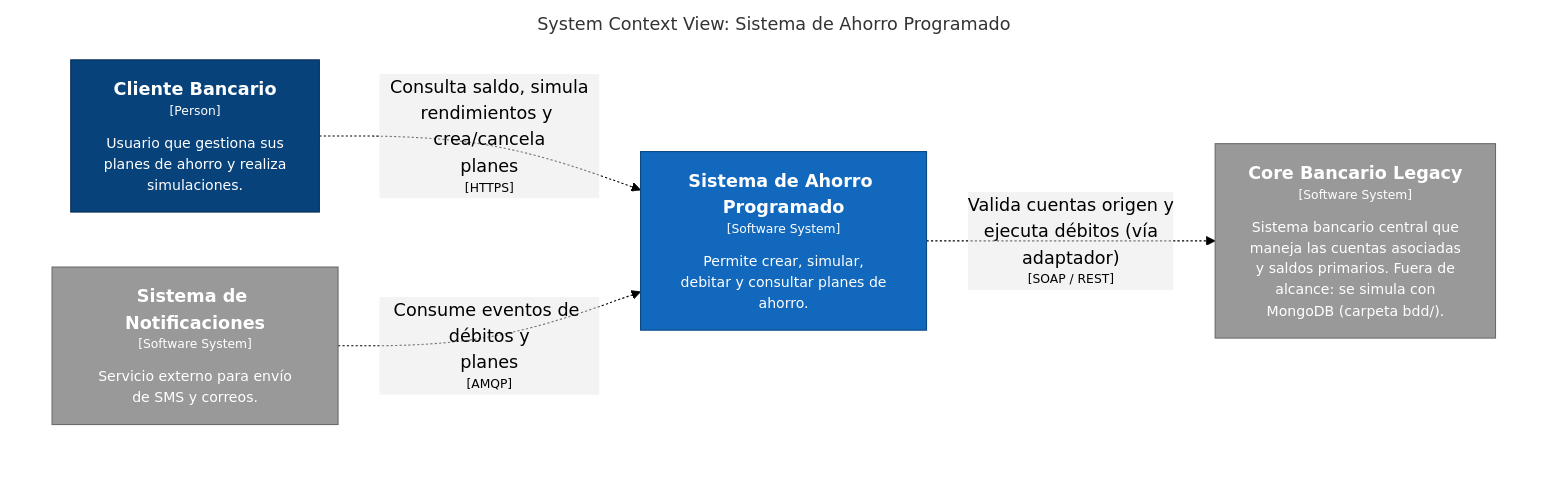
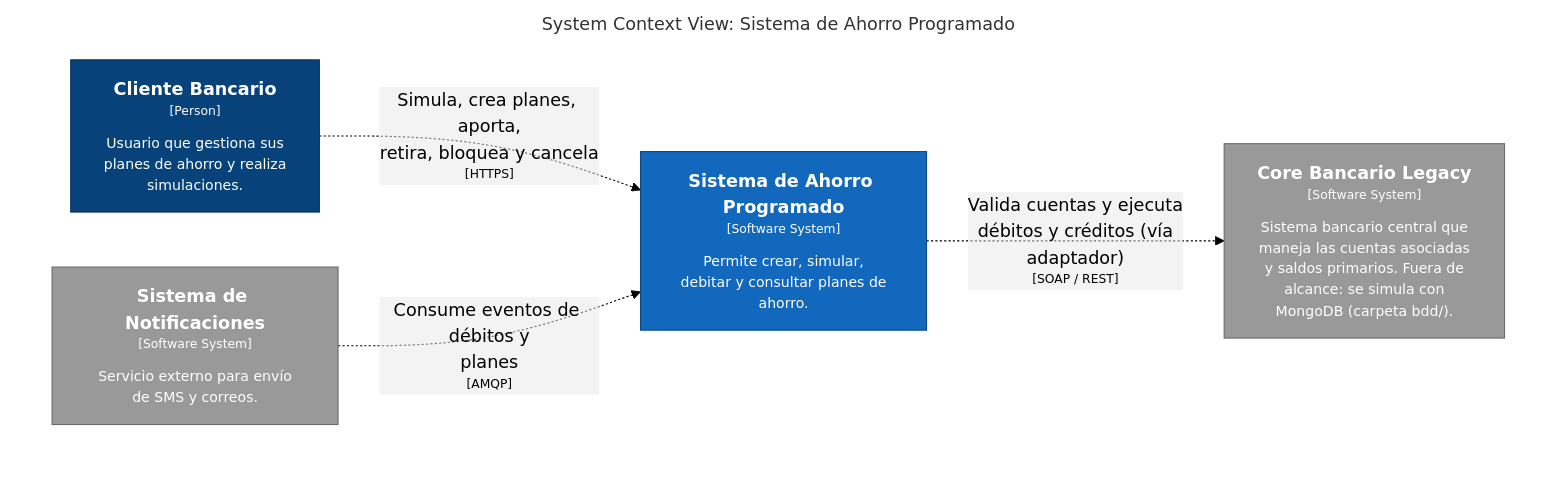
The diagram in diagramas/export/structurizr-Contexto.mmd (pajmunoz/Trabajo-Final-ArquitecturaApis), drawn with Mermaid (forest theme) before and after one commit. The commit also changed 35 other files, not shown here.

```diff
--- a/diagramas/export/structurizr-Contexto.mmd
+++ b/diagramas/export/structurizr-Contexto.mmd
@@ -1,20 +1,20 @@
 graph TB
   linkStyle default fill:#ffffff
 
   subgraph diagram ["System Context View: Sistema de Ahorro Programado"]
     style diagram fill:#ffffff,stroke:#ffffff
 
     1["<div style='font-weight: bold'>Cliente Bancario</div><div style='font-size: 70%; margin-top: 0px'>[Person]</div><div style='font-size: 80%; margin-top:10px'>Usuario que gestiona sus<br />planes de ahorro y realiza<br />simulaciones.</div>"]
     style 1 fill:#08427b,stroke:#052e56,color:#ffffff
     2["<div style='font-weight: bold'>Core Bancario Legacy</div><div style='font-size: 70%; margin-top: 0px'>[Software System]</div><div style='font-size: 80%; margin-top:10px'>Sistema bancario central que<br />maneja las cuentas asociadas<br />y saldos primarios. Fuera de<br />alcance: se simula con<br />MongoDB (carpeta bdd/).</div>"]
     style 2 fill:#999999,stroke:#6b6b6b,color:#ffffff
     3["<div style='font-weight: bold'>Sistema de Notificaciones</div><div style='font-size: 70%; margin-top: 0px'>[Software System]</div><div style='font-size: 80%; margin-top:10px'>Servicio externo para envío<br />de SMS y correos.</div>"]
     style 3 fill:#999999,stroke:#6b6b6b,color:#ffffff
     4["<div style='font-weight: bold'>Sistema de Ahorro Programado</div><div style='font-size: 70%; margin-top: 0px'>[Software System]</div><div style='font-size: 80%; margin-top:10px'>Permite crear, simular,<br />debitar y consultar planes de<br />ahorro.</div>"]
     style 4 fill:#1168bd,stroke:#0b4884,color:#ffffff
 
-    1-. "<div>Consulta saldo, simula<br />rendimientos y crea/cancela<br />planes</div><div style='font-size: 70%'>[HTTPS]</div>" .->4
-    4-. "<div>Valida cuentas origen y<br />ejecuta débitos (vía<br />adaptador)</div><div style='font-size: 70%'>[SOAP / REST]</div>" .->2
+    1-. "<div>Simula, crea planes, aporta,<br />retira, bloquea y cancela</div><div style='font-size: 70%'>[HTTPS]</div>" .->4
+    4-. "<div>Valida cuentas y ejecuta<br />débitos y créditos (vía<br />adaptador)</div><div style='font-size: 70%'>[SOAP / REST]</div>" .->2
     3-. "<div>Consume eventos de débitos y<br />planes</div><div style='font-size: 70%'>[AMQP]</div>" .->4
 
   end
```
